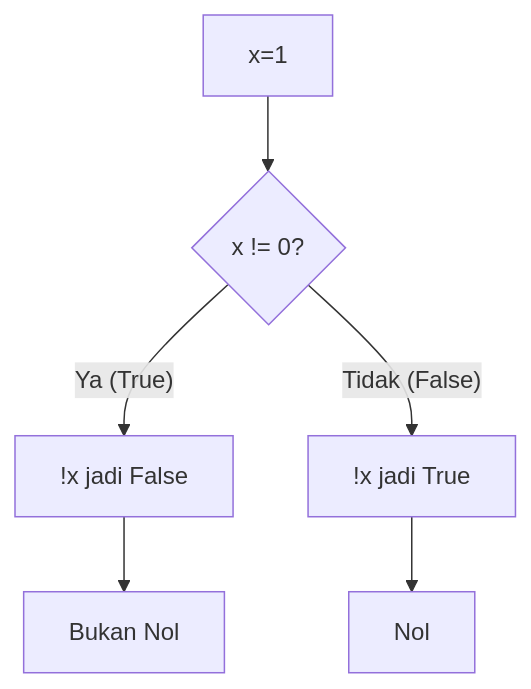
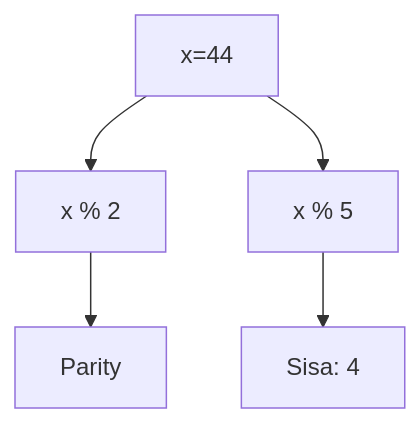
Before and after one commit to amnahwaida/OSNK_INF_PREP: diagram 19 of 25 in part-c-pemahaman-cpp/02-percabangan/latihan/set-03.md, drawn with Mermaid. The commit also changed other lines of this file and 71 other files, not shown here.

````diff
--- a/part-c-pemahaman-cpp/02-percabangan/latihan/set-03.md
+++ b/part-c-pemahaman-cpp/02-percabangan/latihan/set-03.md
@@ -539,8 +567,7 @@
 ```mermaid
 graph TD
-    A[x=1] --> B{x != 0?}
-    B -- Ya (True) --> C["!x jadi False"]
-    B -- Tidak (False) --> D["!x jadi True"]
-    C --> E[Bukan Nol]
-    D --> F[Nol]
+A[x=44] --> B[x % 2]
+B --> C[Parity]
+A --> D[x % 5]
+D --> E[Sisa: 4]
 ```
````
